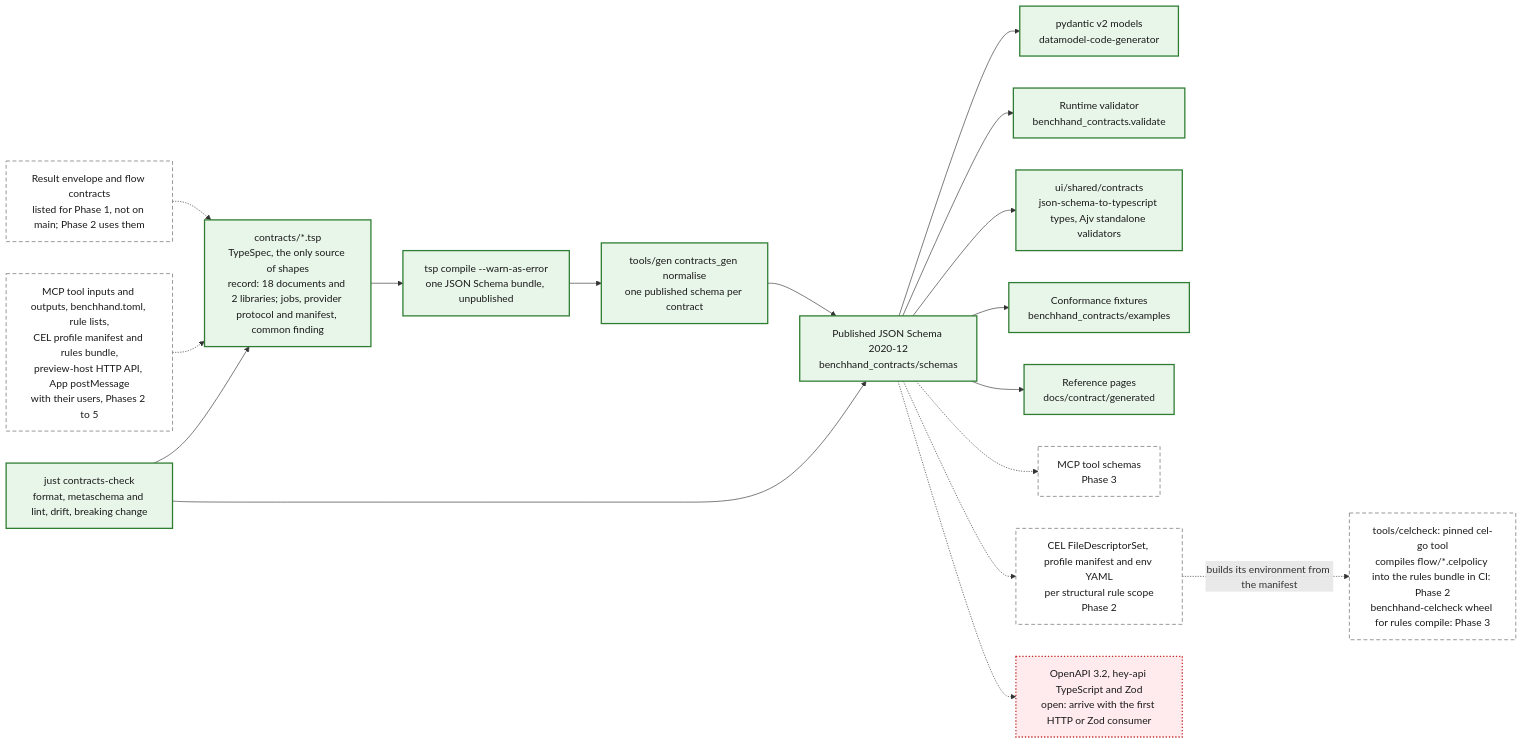
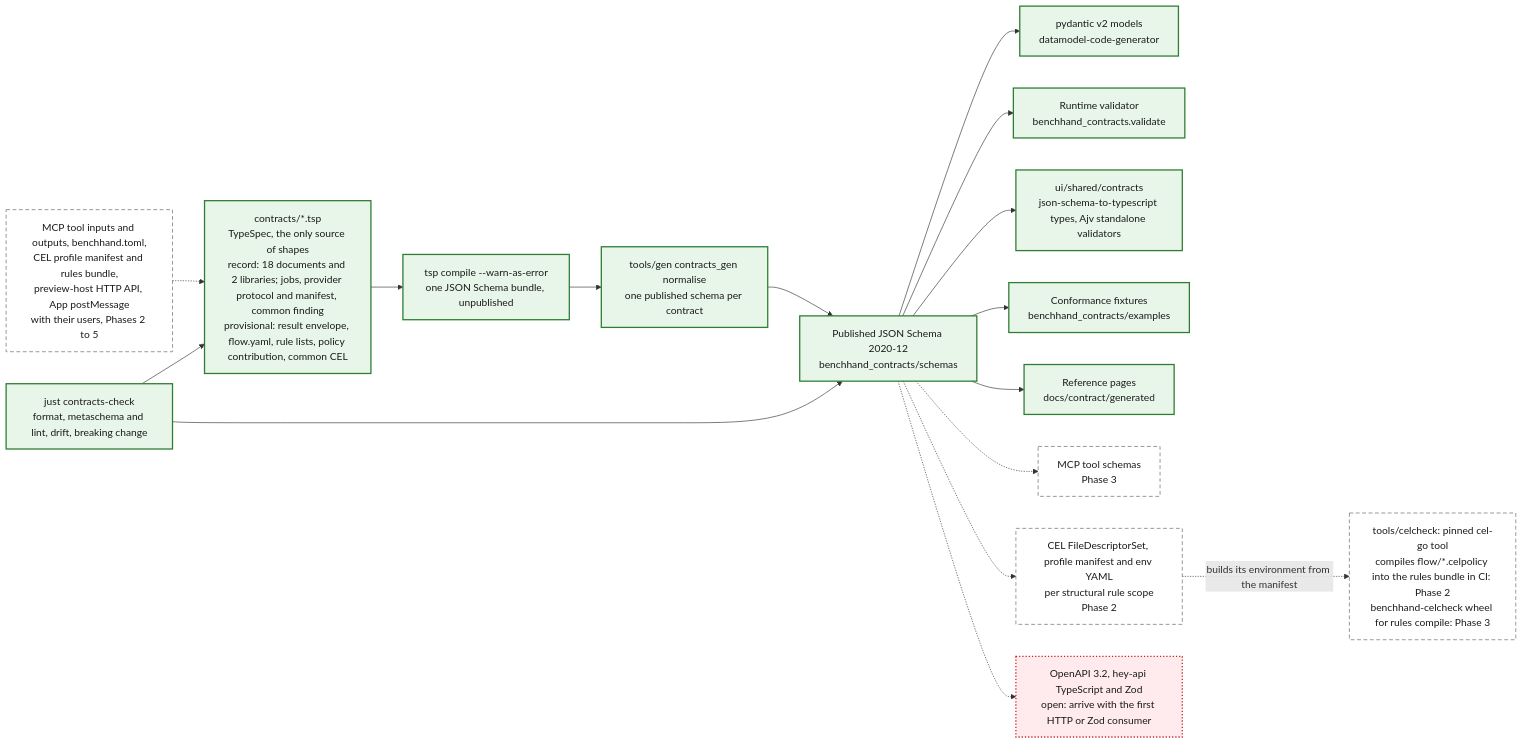
The third of 3 diagrams in docs/architecture/containers.md (benchhand/benchhand-next), drawn with Mermaid before and after one commit. The commit also changed 86 other files, not shown here.

Commit message:
feat(contracts): move the rule lists out of flow.yaml into the provisional flow/rules contract, share them with the policy contribution, and give the CEL types a library of their own

````diff
--- a/docs/architecture/containers.md
+++ b/docs/architecture/containers.md
@@ -136,41 +136,39 @@
 ```mermaid
 flowchart LR
-  tsp["contracts/*.tsp<br/>TypeSpec, the only source of shapes<br/>record: 18 documents and 2 libraries; jobs, provider protocol and manifest, common finding"]:::impl
-  missing["Result envelope and flow contracts<br/>listed for Phase 1, not on main; Phase 2 uses them"]:::planned
-  later["MCP tool inputs and outputs, benchhand.toml, rule lists,<br/>CEL profile manifest and rules bundle,<br/>preview-host HTTP API, App postMessage<br/>with their users, Phases 2 to 5"]:::planned
+  tsp["contracts/*.tsp<br/>TypeSpec, the only source of shapes<br/>record: 18 documents and 2 libraries; jobs, provider protocol and manifest, common finding<br/>provisional: result envelope, flow.yaml, rule lists, policy contribution, common CEL"]:::impl
+  later["MCP tool inputs and outputs, benchhand.toml,<br/>CEL profile manifest and rules bundle,<br/>preview-host HTTP API, App postMessage<br/>with their users, Phases 2 to 5"]:::planned
   bundle["tsp compile --warn-as-error<br/>one JSON Schema bundle, unpublished"]:::impl
   normalise["tools/gen contracts_gen normalise<br/>one published schema per contract"]:::impl
   published["Published JSON Schema 2020-12<br/>benchhand_contracts/schemas"]:::impl
   pydantic["pydantic v2 models<br/>datamodel-code-generator"]:::impl
   validator["Runtime validator<br/>benchhand_contracts.validate"]:::impl
   tsTypes["ui/shared/contracts<br/>json-schema-to-typescript types, Ajv standalone validators"]:::impl
   fixtures["Conformance fixtures<br/>benchhand_contracts/examples"]:::impl
   docs["Reference pages<br/>docs/contract/generated"]:::impl
   toolSchemas["MCP tool schemas<br/>Phase 3"]:::planned
   celTypes["CEL FileDescriptorSet, profile manifest and env YAML<br/>per structural rule scope<br/>Phase 2"]:::planned
   celcheck["tools/celcheck: pinned cel-go tool<br/>compiles flow/*.celpolicy into the rules bundle in CI: Phase 2<br/>benchhand-celcheck wheel for rules compile: Phase 3"]:::planned
   openapi["OpenAPI 3.2, hey-api TypeScript and Zod<br/>open: arrive with the first HTTP or Zod consumer"]:::open
   ci["just contracts-check<br/>format, metaschema and lint, drift, breaking change"]:::impl
 
   tsp --> bundle --> normalise --> published
-  missing -.-> tsp
   later -.-> tsp
   published --> pydantic
   published --> validator
   published --> tsTypes
   published --> fixtures
   published --> docs
   published -.-> toolSchemas
   published -.-> celTypes
   celTypes -.->|"builds its environment from the manifest"| celcheck
   published -.-> openapi
   ci --> tsp
   ci --> published
 
   classDef impl fill:#e8f5e9,stroke:#2e7d32,stroke-width:2px,color:#1b1b1b
   classDef review fill:#fff3e0,stroke:#e65100,stroke-width:2px,stroke-dasharray:6 4,color:#1b1b1b
   classDef planned fill:#ffffff,stroke:#616161,stroke-width:1px,stroke-dasharray:6 4,color:#1b1b1b
   classDef open fill:#ffebee,stroke:#c62828,stroke-width:2px,stroke-dasharray:2 3,color:#1b1b1b
   classDef ext fill:#eceff1,stroke:#37474f,stroke-width:1px,color:#1b1b1b
   classDef person fill:#e3f2fd,stroke:#1565c0,stroke-width:2px,color:#1b1b1b
 ```
````
